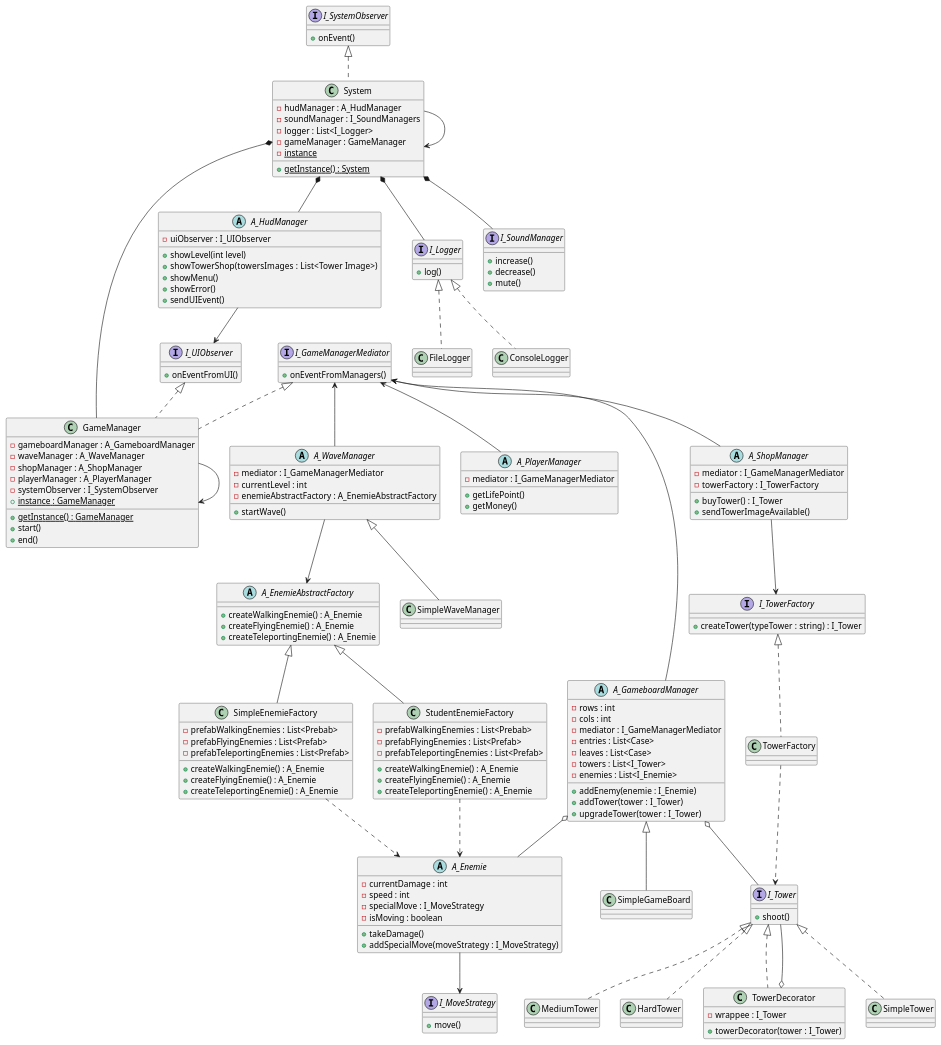
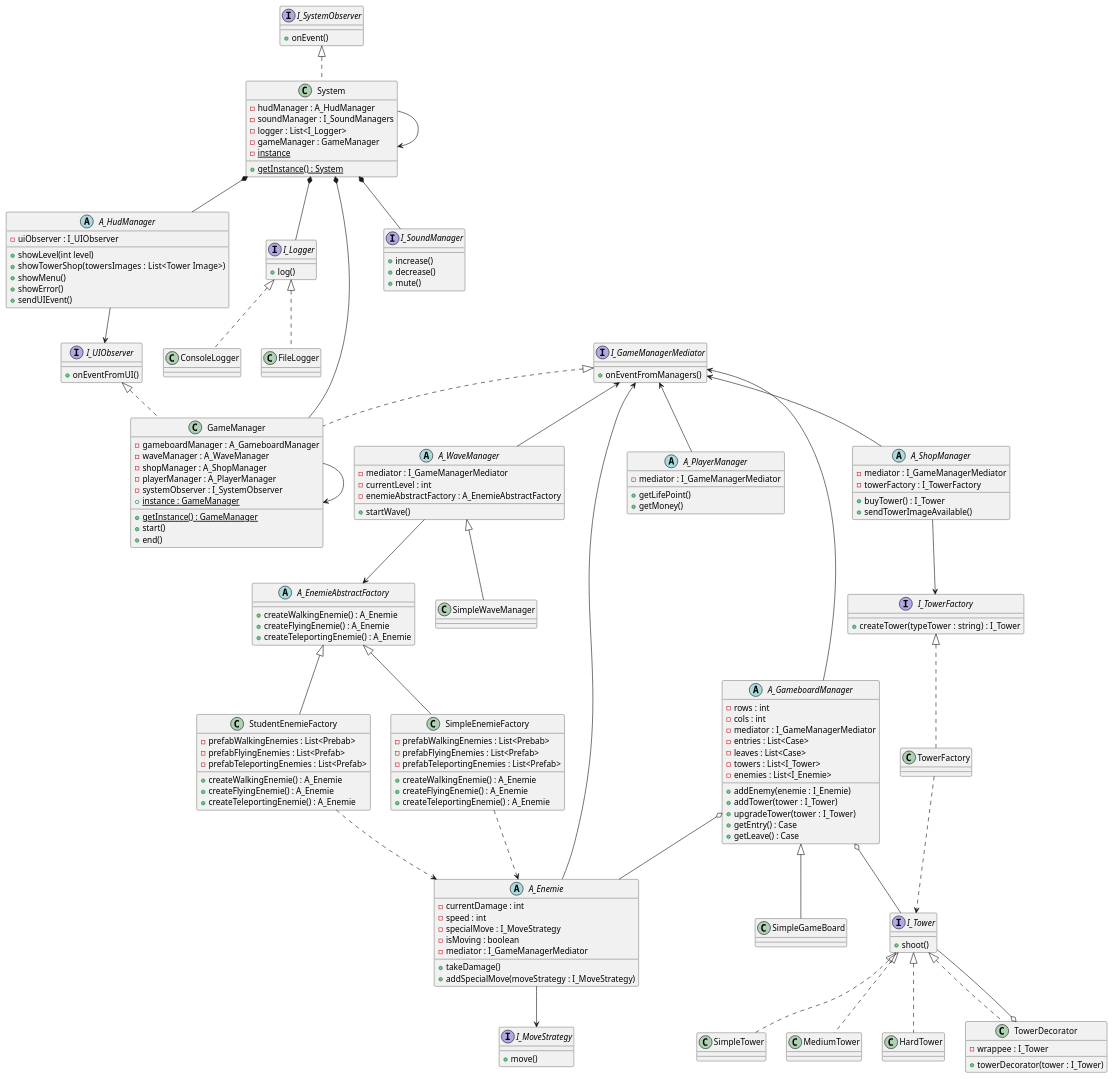
Before and after one commit to bobylatruffe/tower_defense: the diagram in uml.plantuml, drawn with PlantUML. The commit also changed 13 other files, not shown here.

```diff
--- a/uml.plantuml
+++ b/uml.plantuml
@@ -57,6 +57,8 @@
     + addEnemy(enemie : I_Enemie)
     + addTower(tower : I_Tower)
     + upgradeTower(tower : I_Tower)
+    + getEntry() : Case
+    + getLeave() : Case
 }
 
 A_GameboardManager o-- I_Tower
@@ -205,11 +207,13 @@
     - speed : int
     - specialMove : I_MoveStrategy
     - isMoving : boolean
+    - mediator : I_GameManagerMediator
     + takeDamage()
     + addSpecialMove(moveStrategy : I_MoveStrategy)
 }
 
 A_Enemie --> I_MoveStrategy
+A_Enemie --> I_GameManagerMediator
 
 class SimpleGameBoard extends A_GameboardManager {
 
```
